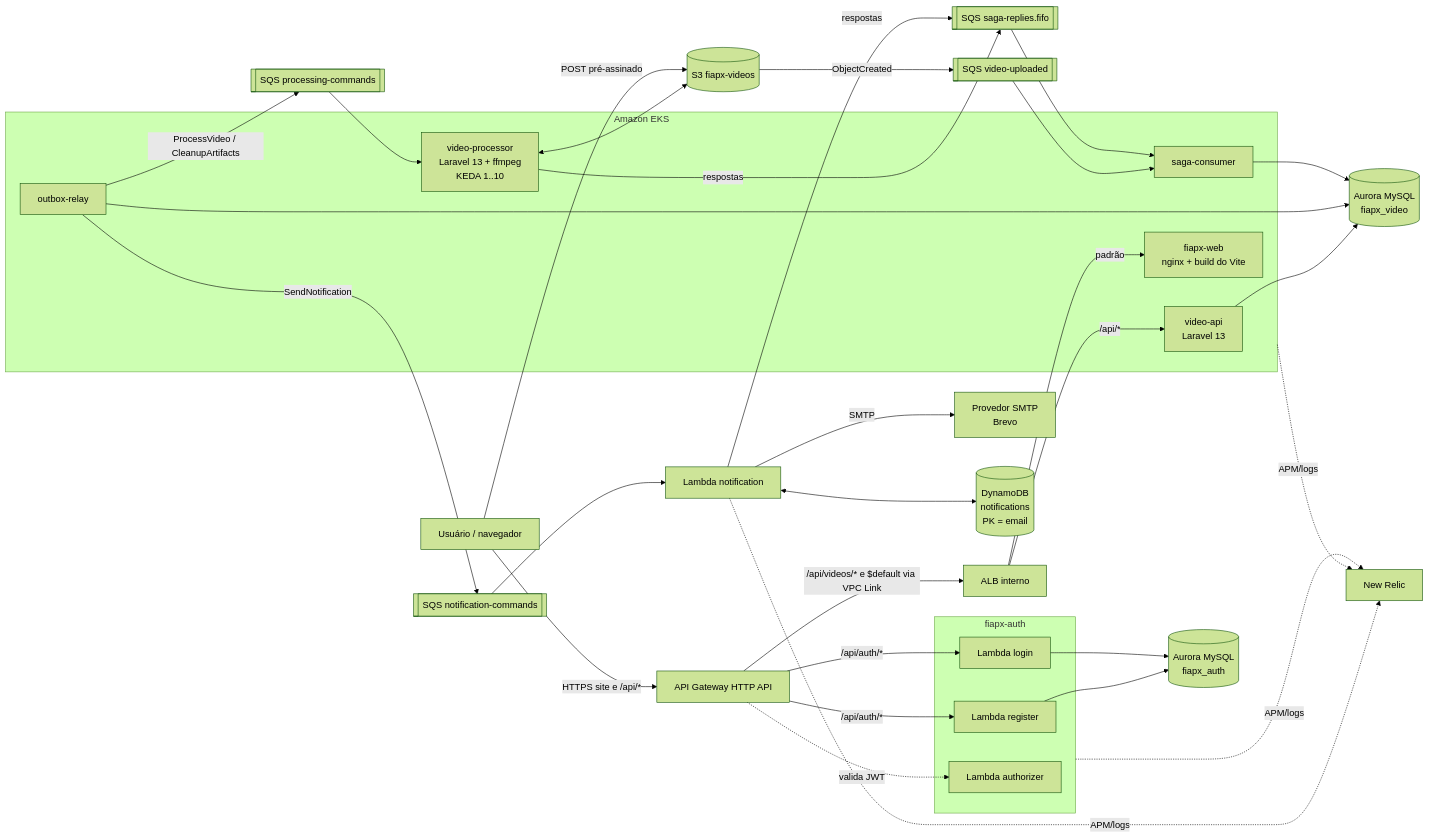
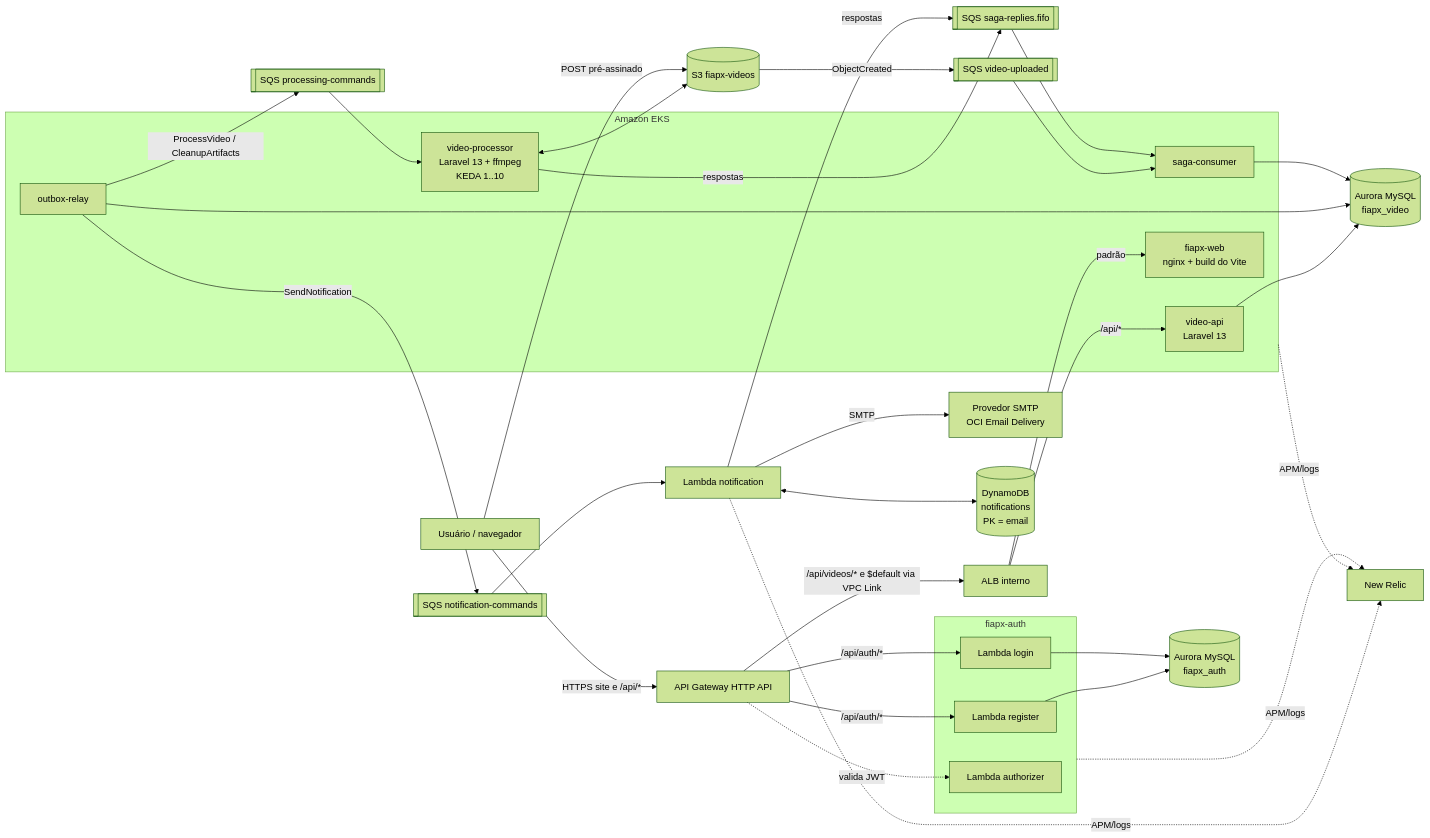
The first of 5 diagrams in 00-especificacao/Projeto-hackton.md (hackathon-fiap-soat/fiapx-docs), drawn with Mermaid (forest theme) before and after one commit. The commit also changed other lines of this file and 29 other files, not shown here.

First line of the commit message:
docs(adr): ADR-020, e-mail pelo OCI Email Delivery no lugar do Brevo (#24)

````diff
--- a/00-especificacao/Projeto-hackton.md
+++ b/00-especificacao/Projeto-hackton.md
@@ -166,43 +166,43 @@
 ```mermaid
 flowchart LR
   U[Usuário / navegador] -->|HTTPS site e /api/*| APIGW[API Gateway HTTP API]
   U -->|POST pré-assinado| S3[(S3 fiapx-videos)]
 
   subgraph Auth[fiapx-auth]
     LREG[Lambda register]
     LLOGIN[Lambda login]
     LAUTHZ[Lambda authorizer]
   end
 
   APIGW -->|/api/auth/*| LREG & LLOGIN
   APIGW -. valida JWT .-> LAUTHZ
   APIGW -->|/api/videos/* e $default via VPC Link| ALB[ALB interno]
 
   subgraph EKS[Amazon EKS]
     API[video-api<br/>Laravel 13]
     RELAY[outbox-relay]
     CONS[saga-consumer]
     WRK[video-processor<br/>Laravel 13 + ffmpeg<br/>KEDA 1..10]
     WEB[fiapx-web<br/>nginx + build do Vite]
   end
 
   ALB -->|/api/*| API
   ALB -->|padrão| WEB
   LREG & LLOGIN --> AURORA_AUTH[(Aurora MySQL<br/>fiapx_auth)]
   API & RELAY & CONS --> AURORA_VIDEO[(Aurora MySQL<br/>fiapx_video)]
 
   S3 -->|ObjectCreated| Q_UP[[SQS video-uploaded]]
   Q_UP --> CONS
   RELAY -->|ProcessVideo / CleanupArtifacts| Q_PROC[[SQS processing-commands]]
   RELAY -->|SendNotification| Q_NOTIF[[SQS notification-commands]]
   Q_PROC --> WRK
   WRK <--> S3
   WRK -->|respostas| Q_REPLY[[SQS saga-replies.fifo]]
   Q_NOTIF --> LNOTIF[Lambda notification]
-  LNOTIF -->|SMTP| SMTP[Provedor SMTP<br/>Brevo]
+  LNOTIF -->|SMTP| SMTP[Provedor SMTP<br/>OCI Email Delivery]
   LNOTIF <--> DDB[(DynamoDB<br/>notifications<br/>PK = email)]
   LNOTIF -->|respostas| Q_REPLY
   Q_REPLY --> CONS
 
   EKS & Auth & LNOTIF -. APM/logs .-> NR[New Relic]
 ```
````
